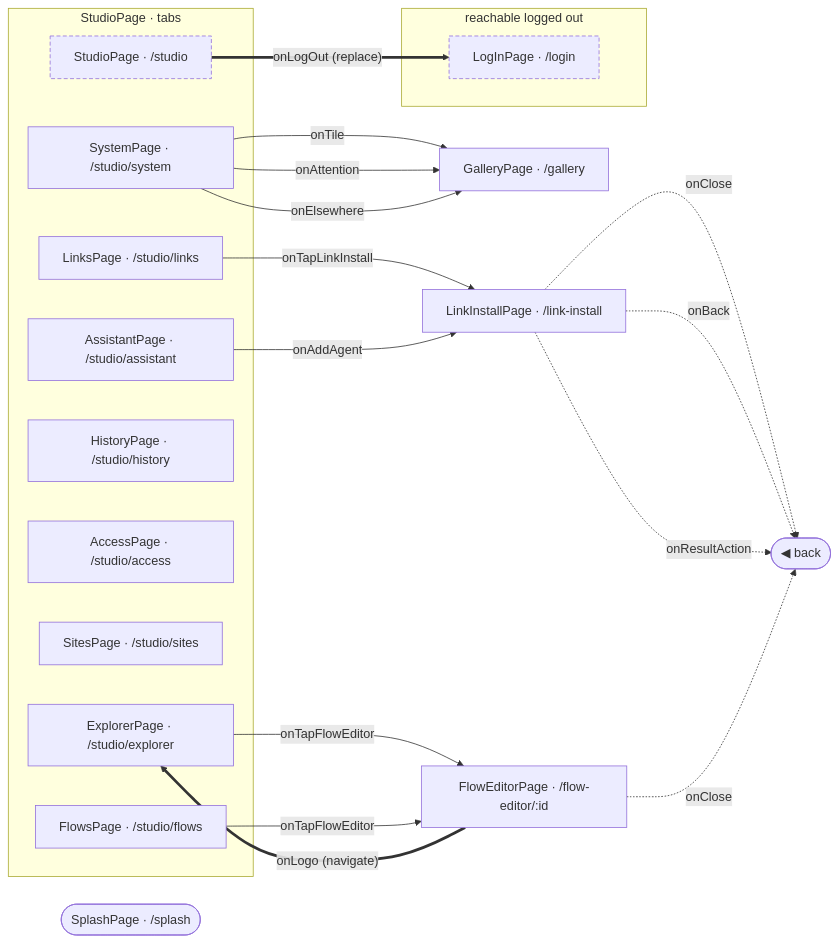
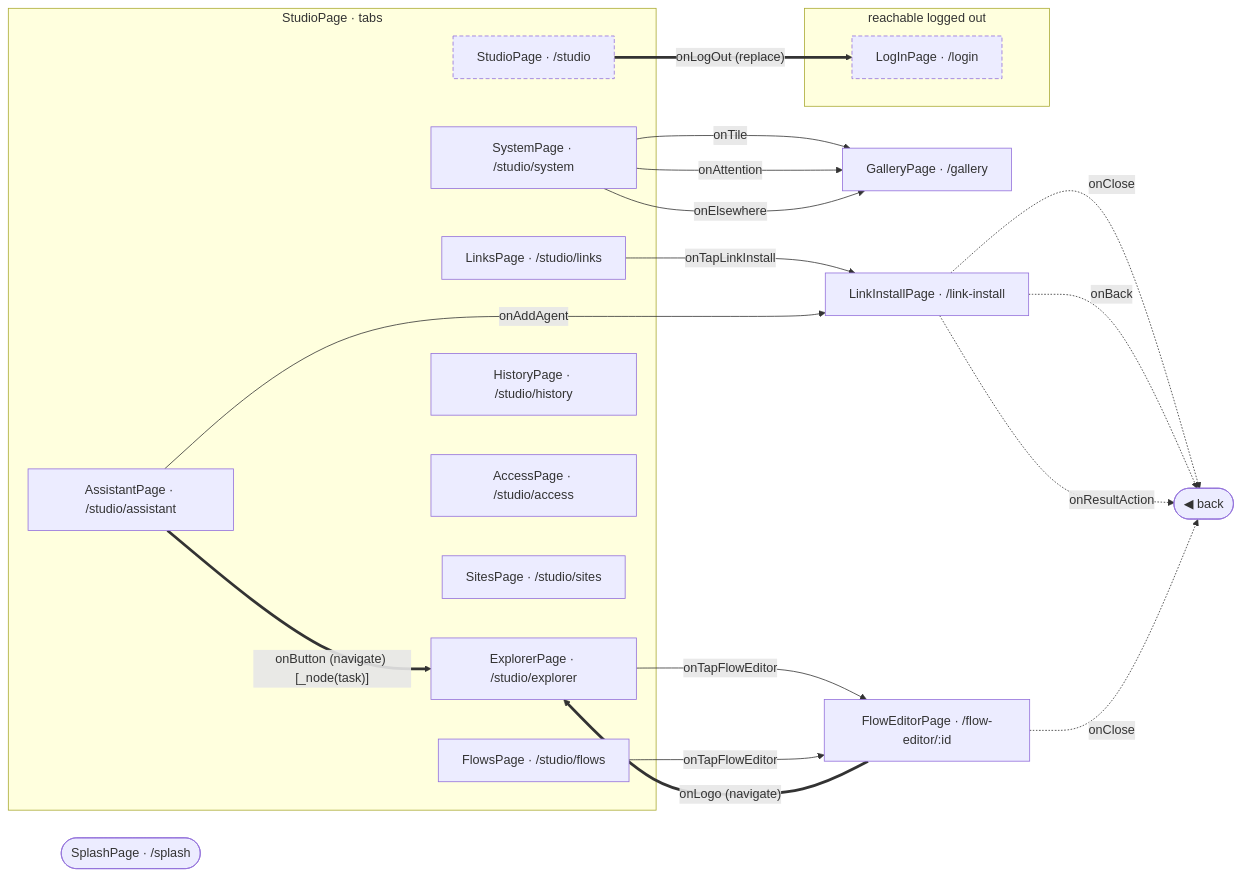
The diagram in studio/docs/flows/README.md (gencto/wyrm), drawn with Mermaid before and after one commit. The commit also changed other lines of this file and 24 other files, not shown here.

````diff
--- a/studio/docs/flows/README.md
+++ b/studio/docs/flows/README.md
@@ -7,39 +7,40 @@
 ```mermaid
 flowchart LR
     subgraph frxPublic["reachable logged out"]
         logIn["LogInPage · /login"]
     end
     splash(["SplashPage · /splash"])
     gallery["GalleryPage · /gallery"]
     subgraph frxTabs_studio["StudioPage · tabs"]
         studio["StudioPage · /studio"]
         explorer["ExplorerPage · /studio/explorer"]
         links["LinksPage · /studio/links"]
         flows["FlowsPage · /studio/flows"]
         history["HistoryPage · /studio/history"]
         access["AccessPage · /studio/access"]
         sites["SitesPage · /studio/sites"]
         assistant["AssistantPage · /studio/assistant"]
         system["SystemPage · /studio/system"]
     end
     linkInstall["LinkInstallPage · /link-install"]
     flowEditor["FlowEditorPage · /flow-editor/:id"]
     frxBack(["◀ back"])
 
     studio ==>|"onLogOut (replace)"| logIn
     explorer -->|"onTapFlowEditor"| flowEditor
     links -->|"onTapLinkInstall"| linkInstall
     flows -->|"onTapFlowEditor"| flowEditor
     assistant -->|"onAddAgent"| linkInstall
+    assistant ==>|"onButton (navigate) [_node(task)]"| explorer
     system -->|"onTile"| gallery
     system -->|"onAttention"| gallery
     system -->|"onElsewhere"| gallery
     linkInstall -.->|"onClose"| frxBack
     linkInstall -.->|"onBack"| frxBack
     linkInstall -.->|"onResultAction"| frxBack
     flowEditor -.->|"onClose"| frxBack
     flowEditor ==>|"onLogo (navigate)"| explorer
 
     classDef frxEntry stroke-dasharray: 5 3
     class logIn,studio frxEntry
 ```
````
